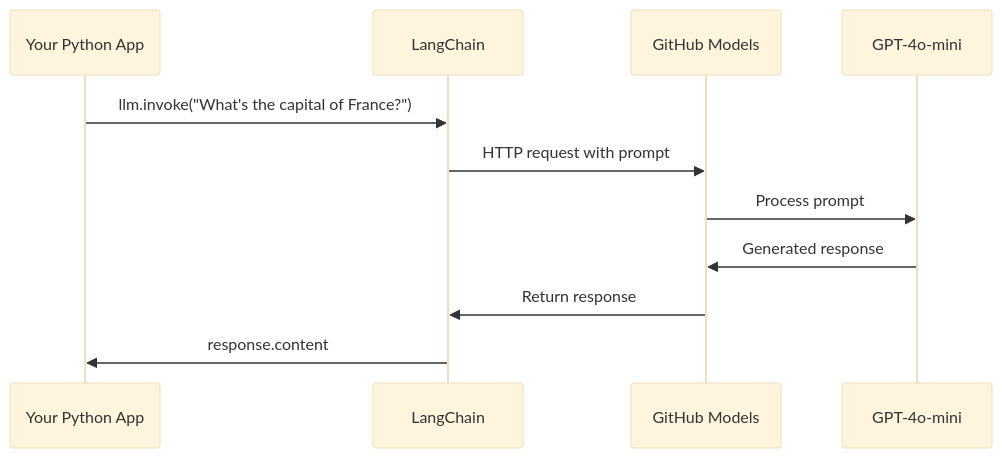
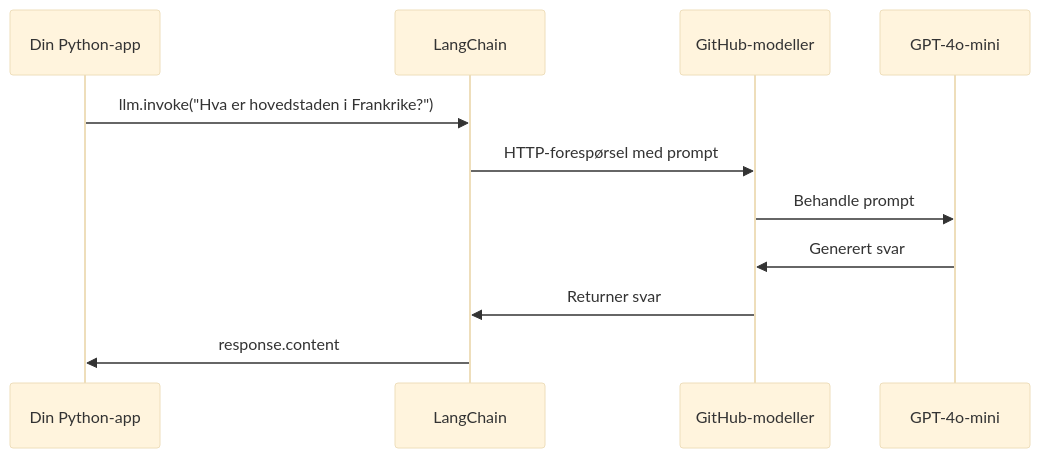
Before and after one commit to microsoft/Web-Dev-For-Beginners: the fifth of 11 diagrams in translations/no/10-ai-framework-project/README.md, drawn with Mermaid (base theme). The commit also changed other lines of this file and 99 other files, not shown here.

````diff
--- a/translations/no/10-ai-framework-project/README.md
+++ b/translations/no/10-ai-framework-project/README.md
@@ -103,14 +215,14 @@
 ```mermaid
 sequenceDiagram
-    participant App as Your Python App
+    participant App as Din Python-app
     participant LC as LangChain
-    participant GM as GitHub Models
+    participant GM as GitHub-modeller
     participant AI as GPT-4o-mini
     
-    App->>LC: llm.invoke("What's the capital of France?")
-    LC->>GM: HTTP request with prompt
-    GM->>AI: Process prompt
-    AI->>GM: Generated response
-    GM->>LC: Return response
+    App->>LC: llm.invoke("Hva er hovedstaden i Frankrike?")
+    LC->>GM: HTTP-forespørsel med prompt
+    GM->>AI: Behandle prompt
+    AI->>GM: Generert svar
+    GM->>LC: Returner svar
     LC->>App: response.content
 ```
````
